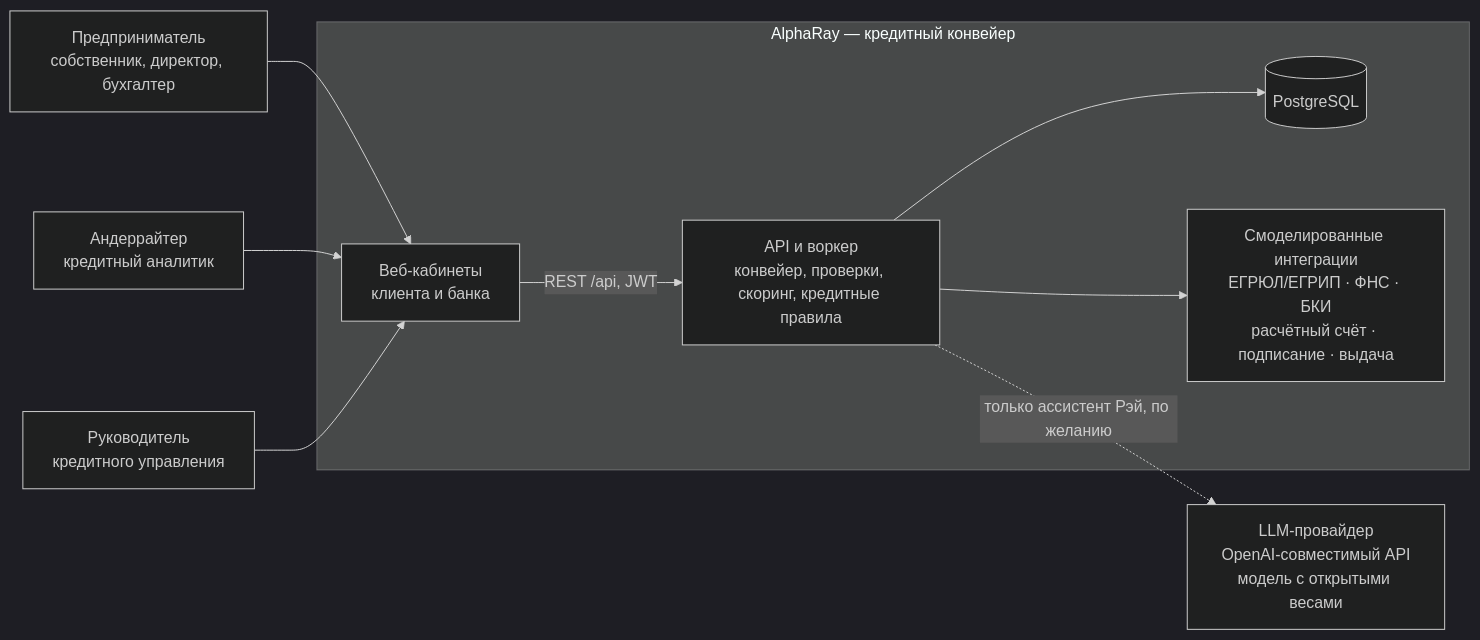
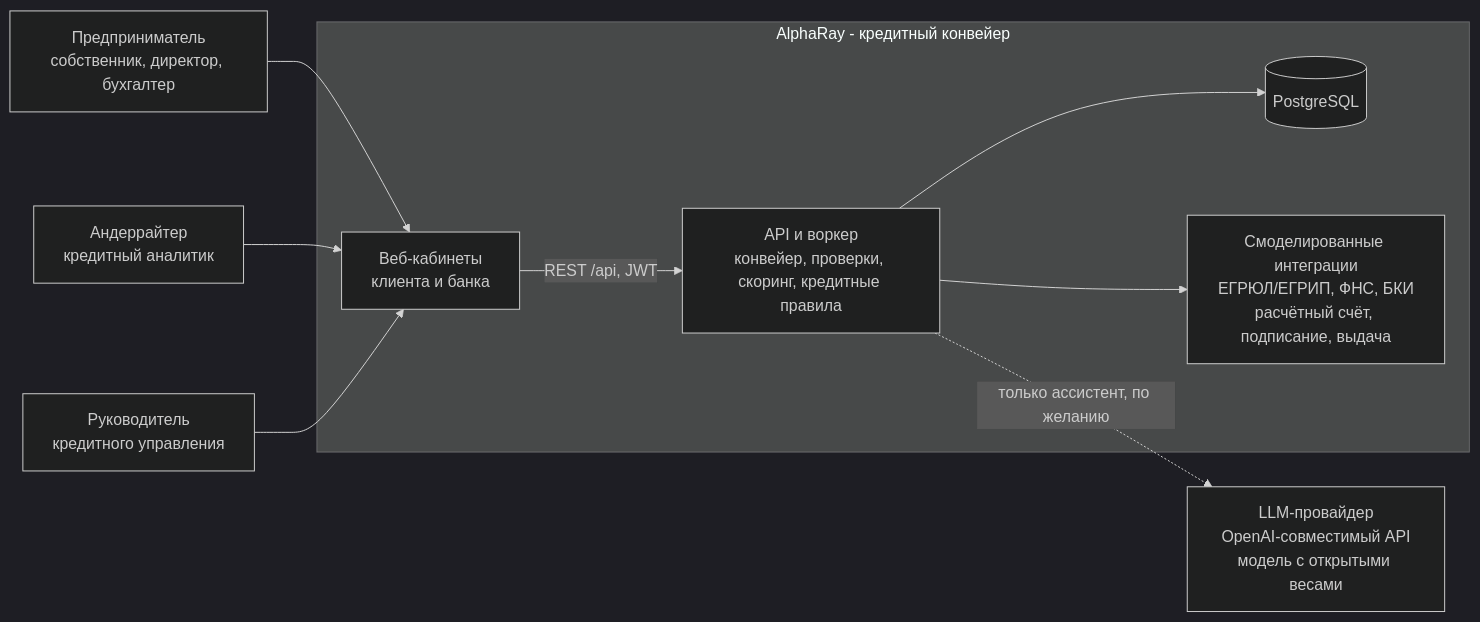
One commit to hugecatdev/alpharay changed the first of 8 diagrams in docs/architecture.md. Above: the diagram before and after it, drawn with Mermaid (dark theme). The commit also changed other lines of this file and 49 other files, not shown here.

````diff
--- a/docs/architecture.md
+++ b/docs/architecture.md
@@ -9,23 +7,23 @@
 ```mermaid
 flowchart LR
     client["Предприниматель<br/>собственник, директор, бухгалтер"]
     underwriter["Андеррайтер<br/>кредитный аналитик"]
     head["Руководитель<br/>кредитного управления"]
 
-    subgraph alpharay["AlphaRay — кредитный конвейер"]
+    subgraph alpharay["AlphaRay - кредитный конвейер"]
         web["Веб-кабинеты<br/>клиента и банка"]
         api["API и воркер<br/>конвейер, проверки, скоринг, кредитные правила"]
         db[("PostgreSQL")]
-        mocks["Смоделированные интеграции<br/>ЕГРЮЛ/ЕГРИП · ФНС · БКИ<br/>расчётный счёт · подписание · выдача"]
+        mocks["Смоделированные интеграции<br/>ЕГРЮЛ/ЕГРИП, ФНС, БКИ<br/>расчётный счёт, подписание, выдача"]
     end
 
     llm["LLM-провайдер<br/>OpenAI-совместимый API<br/>модель с открытыми весами"]
 
     client --> web
     underwriter --> web
     head --> web
     web -->|"REST /api, JWT"| api
     api --> db
     api --> mocks
-    api -.->|"только ассистент Рэй, по желанию"| llm
+    api -.->|"только ассистент, по желанию"| llm
 ```
````
